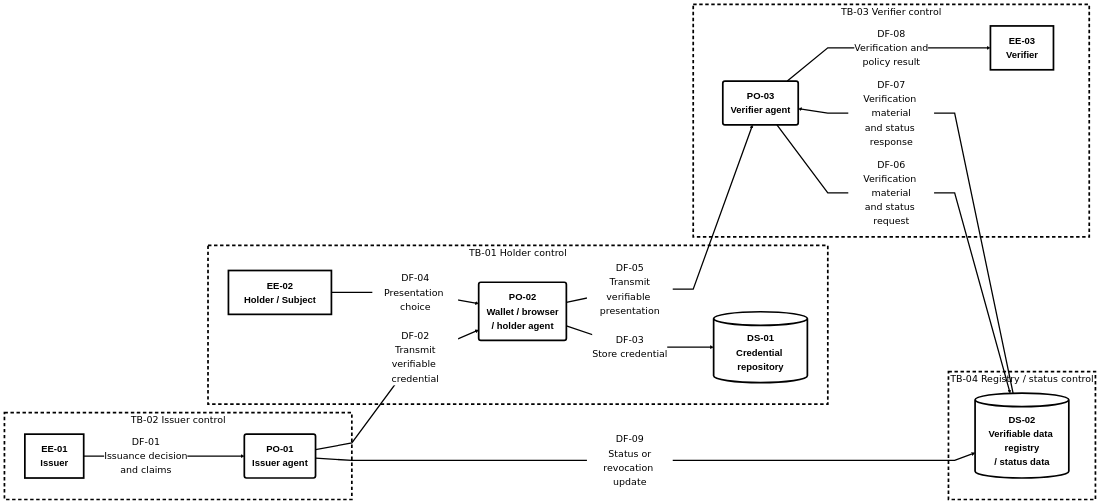
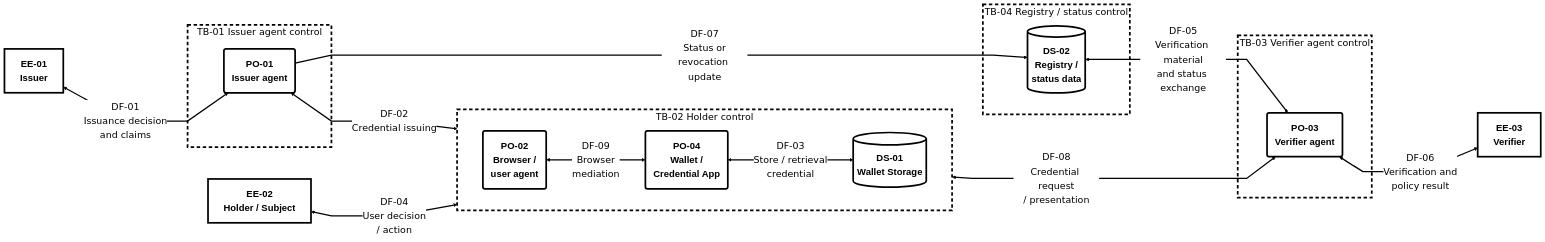
One commit to w3c/threat-model-decentralized-credentials changed the diagram in images/credential-trust-boundaries.mmd. Above: the diagram before and after it, drawn with Mermaid. The commit also changed 2 other files, not shown here.

```diff
--- a/images/credential-trust-boundaries.mmd
+++ b/images/credential-trust-boundaries.mmd
@@ -1,38 +1,51 @@
-%%{init: {"theme":"base","themeCSS":".nodeLabel,.edgeLabel,.cluster-label,.label{font-family:Arial,sans-serif!important;}","flowchart":{"htmlLabels":true,"curve":"linear","nodeSpacing":80,"rankSpacing":95,"padding":18},"themeVariables":{"fontFamily":"Arial, sans-serif","fontSize":"22px","primaryColor":"#fff","primaryTextColor":"#000","primaryBorderColor":"#000","lineColor":"#000","secondaryColor":"#fff","tertiaryColor":"#fff","edgeLabelBackground":"#fff","clusterBkg":"#fff","clusterBorder":"#000"}}}%%
+%%{init: {"theme":"base","themeCSS":".nodeLabel,.edgeLabel,.cluster-label,.label{font-family:Arial,sans-serif!important;font-weight:bold!important;}","flowchart":{"htmlLabels":true,"curve":"linear","nodeSpacing":80,"rankSpacing":95,"padding":18},"themeVariables":{"fontFamily":"Arial, sans-serif","fontSize":"22px","primaryColor":"#fff","primaryTextColor":"#000","primaryBorderColor":"#000","lineColor":"#000","secondaryColor":"#fff","tertiaryColor":"#fff","edgeLabelBackground":"#fff","clusterBkg":"#fff","clusterBorder":"#000"}}}%%
 flowchart LR
-  subgraph TB_Issuer["TB-02 Issuer control"]
-    EE_Issuer[EE-01<br/>Issuer]
+  EE_Issuer[EE-01<br/>Issuer]
+
+  subgraph TB_Verifier["TB-03 Verifier agent control"]
+    PO_VerifierAgent(PO-03<br/>Verifier agent)
+  end
+
+  EE_Verifier[EE-03<br/>Verifier]
+
+  EE_Holder[EE-02<br/>Holder / Subject]
+
+  subgraph TB_Holder["TB-02 Holder control"]
+    direction LR
+    PO_Browser(PO-02<br/>Browser /<br/>user agent)
+    PO_Wallet(PO-04<br/>Wallet /<br/>Credential App)
+    DS_CredentialRepo[(DS-01<br/>Wallet Storage)]
+  end
+
+  subgraph TB_Issuer["TB-01 Issuer agent control"]
     PO_IssuerAgent(PO-01<br/>Issuer agent)
   end
 
-  subgraph TB_Holder["TB-01 Holder control"]
-    EE_Holder[EE-02<br/>Holder / Subject]
-    PO_HolderAgent(PO-02<br/>Wallet / browser<br/>/ holder agent)
-    DS_CredentialRepo[(DS-01<br/>Credential repository)]
+  subgraph TB_Registry["TB-04 Registry / status control"]
+    DS_VDR[(DS-02<br/>Registry /<br/>status data)]
   end
 
-  subgraph TB_Verifier["TB-03 Verifier control"]
-    EE_Verifier[EE-03<br/>Verifier]
-    PO_VerifierAgent(PO-03<br/>Verifier agent)
-  end
+  EE_Issuer ~~~ PO_IssuerAgent
+  PO_IssuerAgent ~~~ PO_Browser
+  PO_Browser ~~~ DS_VDR
+  PO_Browser ~~~ PO_VerifierAgent
+  PO_VerifierAgent ~~~ EE_Verifier
+  EE_Holder ~~~ PO_Browser
 
-  subgraph TB_Registry["TB-04 Registry / status control"]
-    DS_VDR[(DS-02<br/>Verifiable data registry<br/>/ status data)]
-  end
-
-  EE_Issuer ==>|DF-01<br/>Issuance decision<br/>and claims| PO_IssuerAgent
-  PO_IssuerAgent ==>|DF-02<br/>Transmit<br/>verifiable credential| PO_HolderAgent
-  PO_HolderAgent ==>|DF-03<br/>Store credential| DS_CredentialRepo
-  EE_Holder ==>|DF-04<br/>Presentation choice| PO_HolderAgent
-  PO_HolderAgent ==>|DF-05<br/>Transmit<br/>verifiable presentation| PO_VerifierAgent
-  PO_IssuerAgent ==>|DF-09<br/>Status or<br/>revocation update| DS_VDR
-  PO_VerifierAgent ==>|DF-06<br/>Verification material<br/>and status request| DS_VDR
-  DS_VDR ==>|DF-07<br/>Verification material<br/>and status response| PO_VerifierAgent
-  PO_VerifierAgent ==>|DF-08<br/>Verification and<br/>policy result| EE_Verifier
+  EE_Issuer <==>|DF-01<br/>Issuance decision<br/>and claims| PO_IssuerAgent
+  PO_IssuerAgent ==>|DF-07<br/>Status or<br/>revocation update| DS_VDR
+  PO_Wallet <==>|DF-03<br/>Store / retrieval<br/>credential| DS_CredentialRepo
+  EE_Holder <==>|DF-04<br/>User decision<br/>/ action| PO_Browser
+  PO_IssuerAgent <==>|DF-02<br/>Credential issuing| PO_Browser
+  PO_Browser <==>|DF-08<br/>Credential request<br/>/ presentation| PO_VerifierAgent
+  PO_Browser <==>|DF-09<br/>Browser<br/>mediation| PO_Wallet
+  DS_VDR <==>|DF-05<br/>Verification material<br/>and status exchange| PO_VerifierAgent
+  PO_VerifierAgent <==>|DF-06<br/>Verification and<br/>policy result| EE_Verifier
 
   classDef default fill:#fff,stroke:#000,stroke-width:4px,color:#000,font-size:22px,font-weight:bold,font-family:Arial
   linkStyle default stroke:#000,stroke-width:3px,color:#000
+  linkStyle 0,1,2,3,4,5 stroke:#fff,stroke-width:0px,color:#fff
   style TB_Holder stroke-dasharray: 8 6,stroke:#000,stroke-width:4px,fill:#fff,color:#000
   style TB_Issuer stroke-dasharray: 8 6,stroke:#000,stroke-width:4px,fill:#fff,color:#000
   style TB_Verifier stroke-dasharray: 8 6,stroke:#000,stroke-width:4px,fill:#fff,color:#000
   style TB_Registry stroke-dasharray: 8 6,stroke:#000,stroke-width:4px,fill:#fff,color:#000
```
